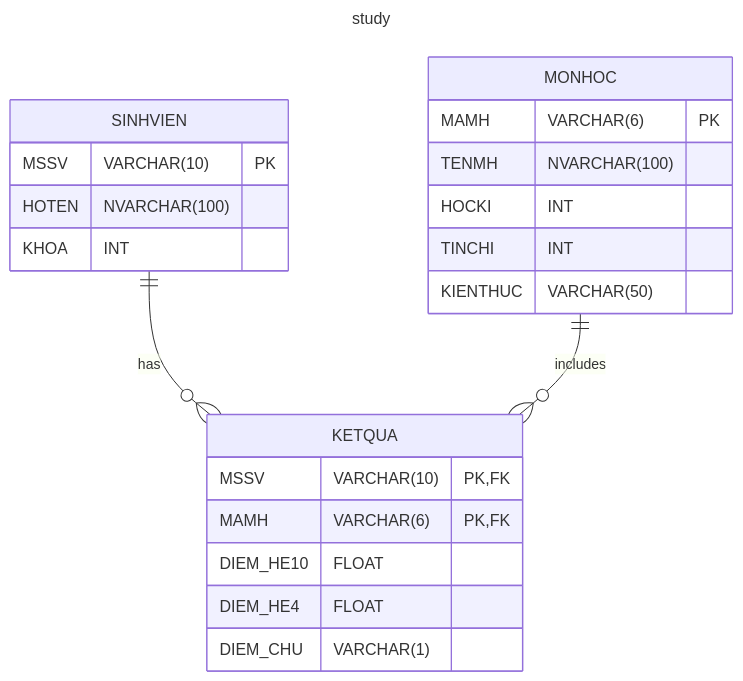
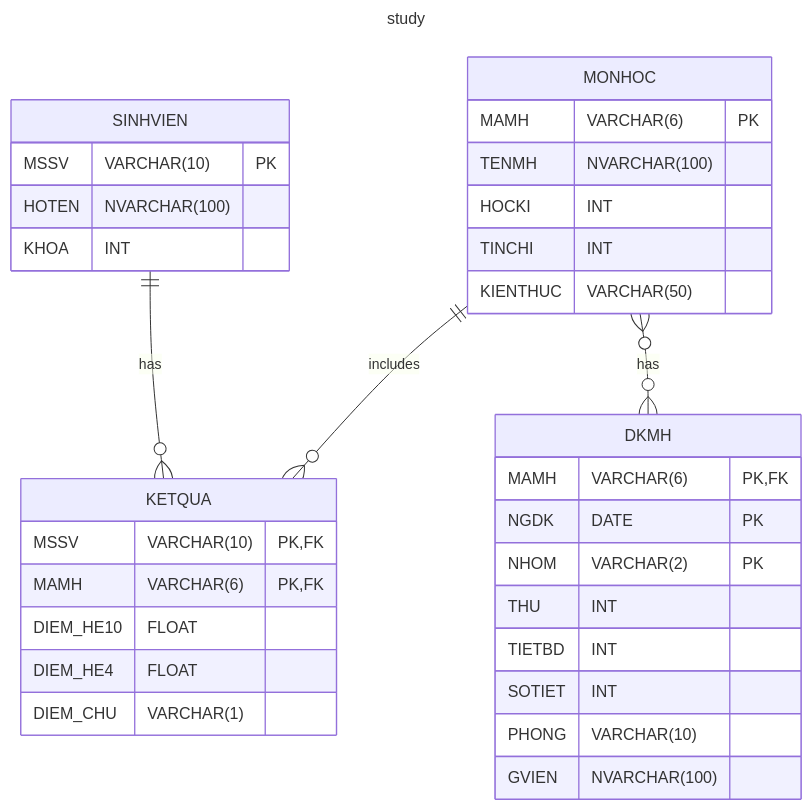
The diagram in study/README.md (Bancie/LearningDB), drawn with Mermaid before and after one commit. The commit also changed 6 other files, not shown here.

````diff
--- a/study/README.md
+++ b/study/README.md
@@ -2,30 +2,42 @@
 ```mermaid
 ---
 title: study
 ---
 erDiagram
     MONHOC {
         MAMH VARCHAR(6) PK
         TENMH NVARCHAR(100)
         HOCKI INT
         TINCHI INT
         KIENTHUC VARCHAR(50)
     }
 
     SINHVIEN {
         MSSV VARCHAR(10) PK
         HOTEN NVARCHAR(100)
         KHOA INT
     }
 
     KETQUA {
         MSSV VARCHAR(10) PK, FK
         MAMH VARCHAR(6) PK, FK
         DIEM_HE10 FLOAT
         DIEM_HE4 FLOAT
         DIEM_CHU VARCHAR(1)
     }
 
+    DKMH {
+        MAMH VARCHAR(6) PK, FK
+        NGDK DATE PK
+        NHOM VARCHAR(2) PK
+        THU INT
+        TIETBD INT
+        SOTIET INT
+        PHONG VARCHAR(10)
+        GVIEN NVARCHAR(100)
+    }
+
     SINHVIEN ||--o{ KETQUA : has
     MONHOC   ||--o{ KETQUA : includes
+    MONHOC o{--o{ DKMH : has
 ```
````
